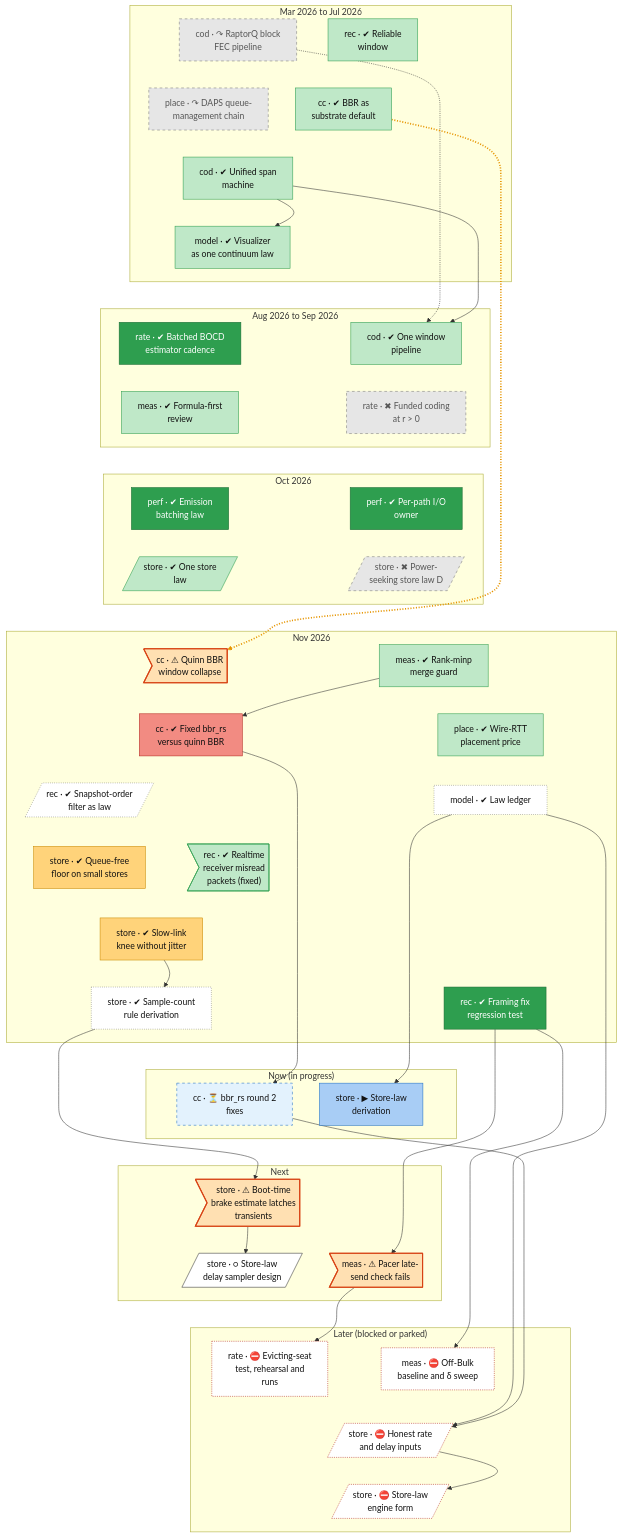
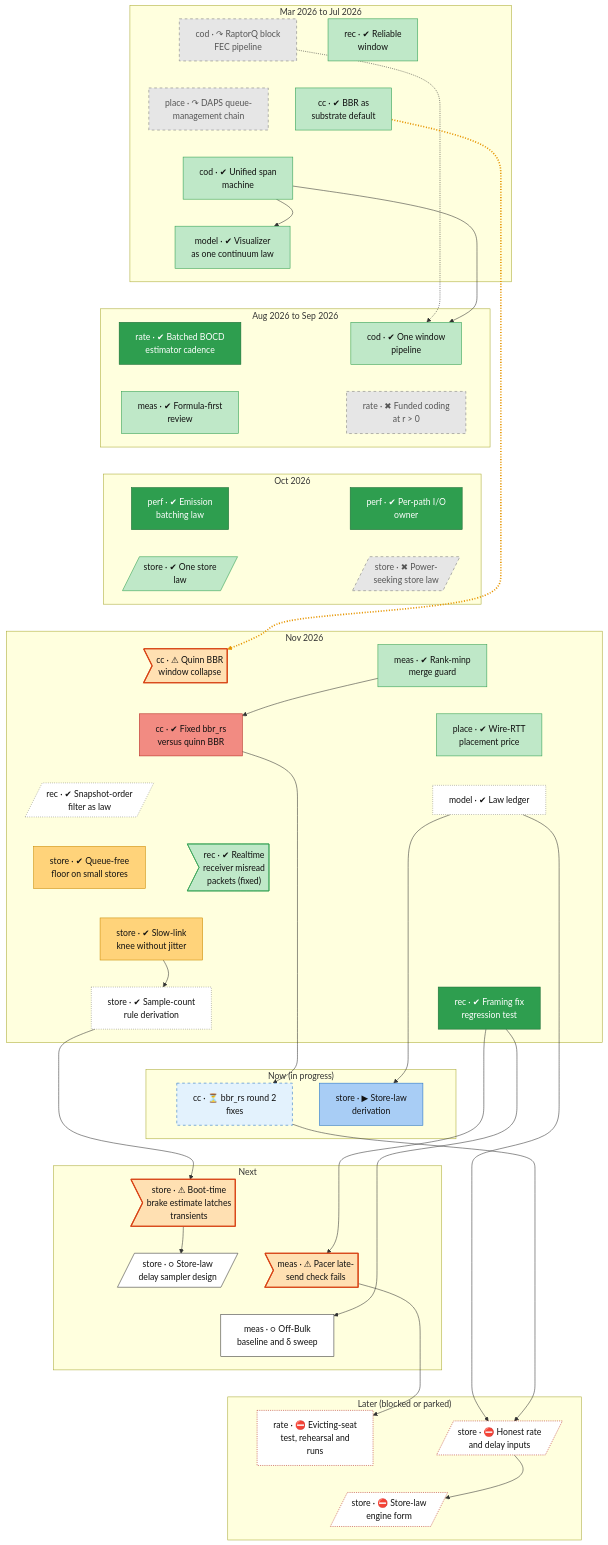
One commit to lhns/raptorpath changed the second of 2 diagrams in docs/roadmap.md. Above: the diagram before and after it, drawn with Mermaid. The commit also changed other lines of this file and 6 other files, not shown here.

````diff
--- a/docs/roadmap.md
+++ b/docs/roadmap.md
@@ -115,7 +115,7 @@
         perf_emit_batch_law0["perf · ✔ Emission<br/>batching law"]
         perf_io_owner["perf · ✔ Per-path I/O<br/>owner"]
         store_adr72_one_law[/"store · ✔ One store<br/>law"/]
-        store_power_law[/"store · ✖ Power-<br/>seeking store law D"/]
+        store_power_law[/"store · ✖ Power-<br/>seeking store law"/]
     end
     subgraph bd_3["Nov 2026"]
         cc_quinn_bbr_collapse>"cc · ⚠ Quinn BBR<br/>window collapse"]
@@ -138,10 +138,10 @@
         store_defect_b0p_brake>"store · ⚠ Boot-time<br/>brake estimate latches<br/>transients"]
         store_sampler_design[/"store · ○ Store-law<br/>delay sampler design"/]
         meas_blocke_pacing_gate>"meas · ⚠ Pacer late-<br/>send check fails"]
+        meas_s51_session["meas · ○ Off-Bulk<br/>baseline and δ sweep"]
     end
     subgraph bd_6["Later (blocked or parked)"]
         rate_evict_session["rate · ⛔ Evicting-seat<br/>test, rehearsal and<br/>runs"]
-        meas_s51_session["meas · ⛔ Off-Bulk<br/>baseline and δ sweep"]
         store_fix_maxbw_minrtt[/"store · ⛔ Honest rate<br/>and delay inputs"/]
         store_engine_form_impl[/"store · ⛔ Store-law<br/>engine form"/]
     end
@@ -176,10 +176,11 @@
     store_law_derivation ~~~ store_defect_b0p_brake
     store_defect_b0p_brake ~~~ store_sampler_design
     store_defect_b0p_brake ~~~ meas_blocke_pacing_gate
-    store_sampler_design ~~~ rate_evict_session
+    store_sampler_design ~~~ meas_s51_session
     meas_blocke_pacing_gate ~~~ meas_s51_session
-    rate_evict_session ~~~ store_fix_maxbw_minrtt
+    meas_s51_session ~~~ rate_evict_session
     meas_s51_session ~~~ store_fix_maxbw_minrtt
+    rate_evict_session ~~~ store_engine_form_impl
     store_fix_maxbw_minrtt ~~~ store_engine_form_impl
     cod_block_pipeline -.-> cod_one_pipeline
     cc_bbr_default -.-> cc_quinn_bbr_collapse
@@ -192,12 +193,12 @@
     store_count_rule --> store_defect_b0p_brake
     store_defect_b0p_brake --> store_sampler_design
     rec_f2_merge_guard --> meas_blocke_pacing_gate
+    rec_f2_merge_guard --> meas_s51_session
     meas_blocke_pacing_gate --> rate_evict_session
-    rec_f2_merge_guard --> meas_s51_session
     model_law_ledger --> store_fix_maxbw_minrtt
     cc_bbrrs_r2 --> store_fix_maxbw_minrtt
     store_fix_maxbw_minrtt --> store_engine_form_impl
-    linkStyle 37 stroke:#e69500,stroke-width:3px,stroke-dasharray:2 3
+    linkStyle 38 stroke:#e69500,stroke-width:3px,stroke-dasharray:2 3
     classDef vsucc fill:#2e9e4f,stroke:#1b6b34,color:#fff
     classDef succ fill:#bfe8c8,stroke:#2e9e4f,color:#111
     classDef mixed fill:#ffd37a,stroke:#c98a00,color:#111
@@ -215,11 +216,11 @@
     class cod_unified_span,cod_one_pipeline,rec_reliable_window,store_adr72_one_law,rec_defect_realtime_framing,place_wire_price,cc_bbr_default,meas_formula_first,meas_guard_41c,model_vis_continuum succ
     class rec_snapver_law,store_count_rule,model_law_ledger unrated
     class rate_est_cadence,rec_f2_merge_guard,perf_emit_batch_law0,perf_io_owner vsucc
-    class rate_evict_session,meas_s51_session,store_engine_form_impl,store_fix_maxbw_minrtt blocked
+    class rate_evict_session,store_engine_form_impl,store_fix_maxbw_minrtt blocked
     class store_law_derivation inprog
     class store_s60a,store_s62_j0 mixed
     class store_defect_b0p_brake,meas_blocke_pacing_gate,cc_quinn_bbr_collapse defect
-    class store_sampler_design next
+    class store_sampler_design,meas_s51_session next
     class cc_bbrrs_r1 bad
     class cc_bbrrs_r2 waiting
 ```
````
